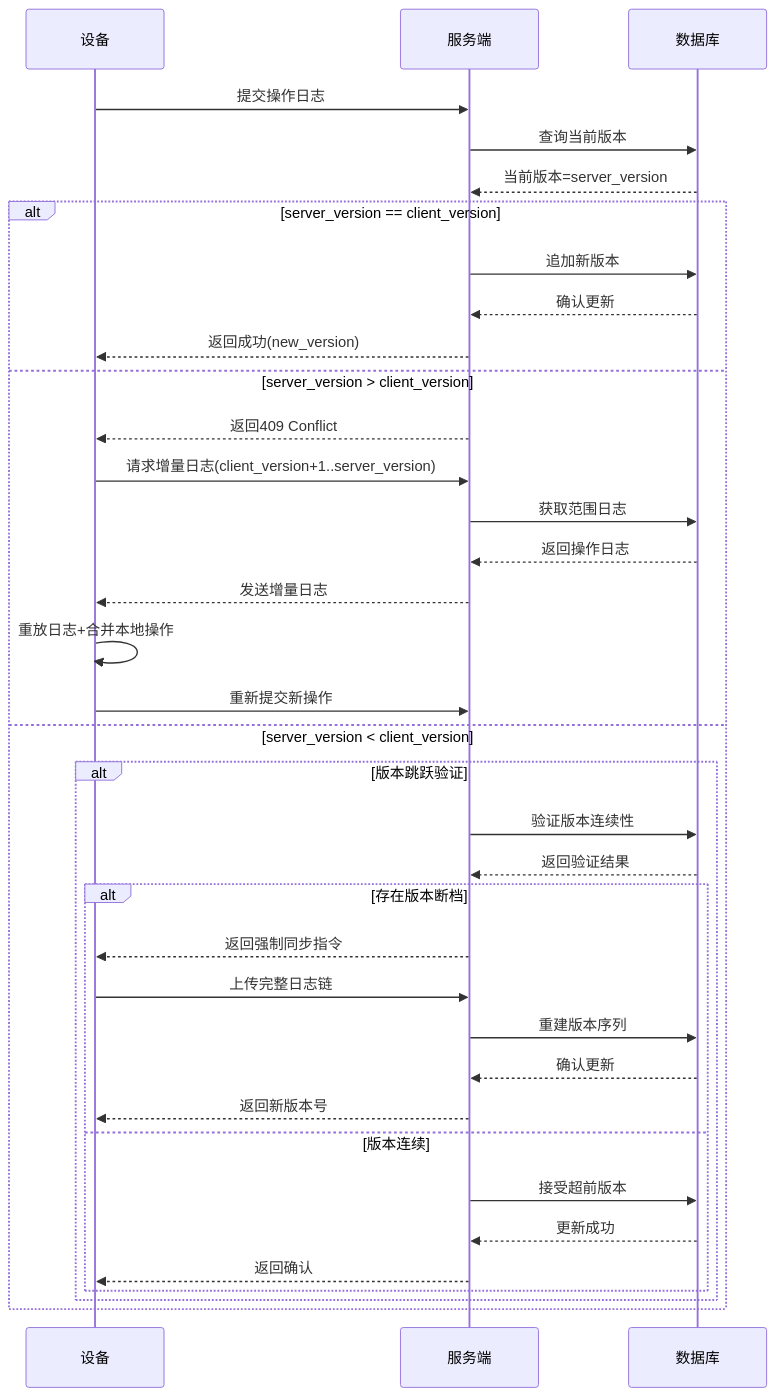
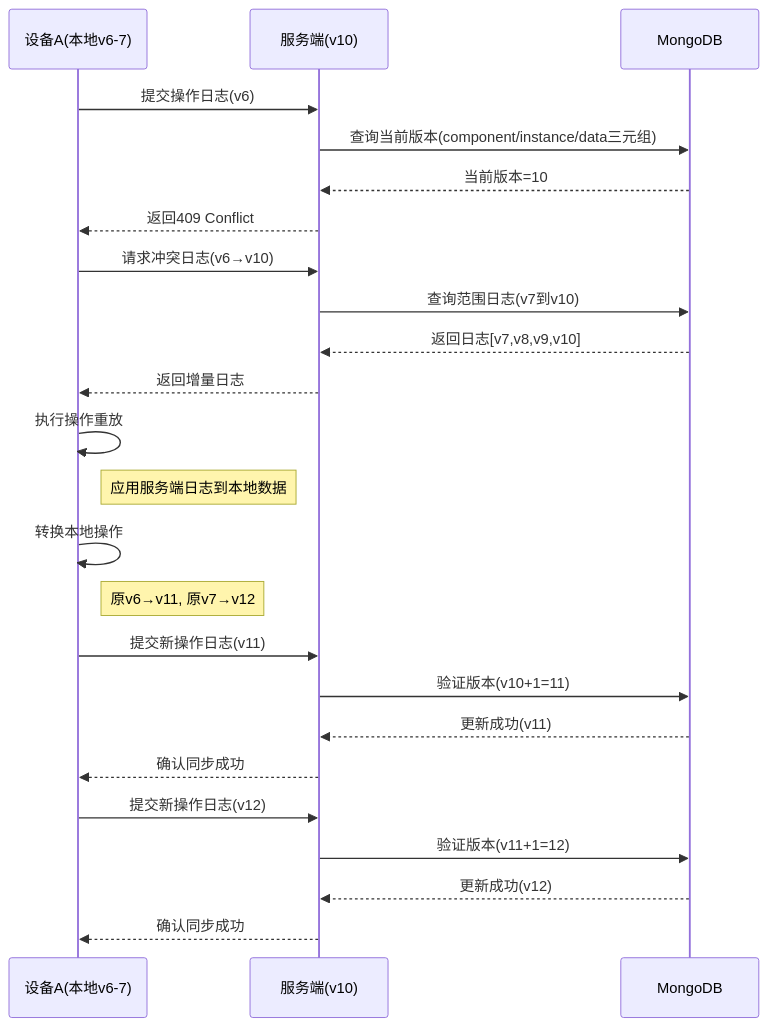
Before and after one commit to yingjianzh/iodraw-files: the diagram in all/未命名-26.md, drawn with Mermaid.

Commit message:
2025-02-26 16:12:54 update

````diff
--- a/all/未命名-26.md
+++ b/all/未命名-26.md
@@ -1,44 +1,38 @@
 ```mermaid
 sequenceDiagram
-    participant D as 设备
-    participant S as 服务端
-    participant DB as 数据库
+    participant A as 设备A(本地v6-7)
+    participant S as 服务端(v10)
+    participant DB as MongoDB
 
-    %% 同步发起
-    D->>S: 提交操作日志
-    S->>DB: 查询当前版本
-    DB-->>S: 当前版本=server_version
+    %% 初始同步尝试
+    A->>S: 提交操作日志(v6)
+    S->>DB: 查询当前版本(component/instance/data三元组)
+    DB-->>S: 当前版本=10
+    S-->>A: 返回409 Conflict
 
-    alt server_version == client_version
-        %% 场景1：版本一致
-        S->>DB: 追加新版本
-        DB-->>S: 确认更新
-        S-->>D: 返回成功(new_version)
-    else server_version > client_version
-        %% 场景2：服务端版本更新
-        S-->>D: 返回409 Conflict
-        D->>S: 请求增量日志(client_version+1..server_version)
-        S->>DB: 获取范围日志
-        DB-->>S: 返回操作日志
-        S-->>D: 发送增量日志
-        D->>D: 重放日志+合并本地操作
-        D->>S: 重新提交新操作
-    else server_version < client_version
-        %% 场景3：客户端版本超前
-        alt 版本跳跃验证
-            S->>DB: 验证版本连续性
-            DB-->>S: 返回验证结果
-            alt 存在版本断档
-                S-->>D: 返回强制同步指令
-                D->>S: 上传完整日志链
-                S->>DB: 重建版本序列
-                DB-->>S: 确认更新
-                S-->>D: 返回新版本号
-            else 版本连续
-                S->>DB: 接受超前版本
-                DB-->>S: 更新成功
-                S-->>D: 返回确认
-            end
-        end
-    end
+    %% 冲突解决阶段
+    A->>S: 请求冲突日志(v6→v10)
+    S->>DB: 查询范围日志(v7到v10)
+    DB-->>S: 返回日志[v7,v8,v9,v10]
+    S-->>A: 返回增量日志
+
+    %% 本地数据重建
+    A->>A: 执行操作重放
+    note right of A: 应用服务端日志到本地数据
+
+    %% 本地操作转换
+    A->>A: 转换本地操作
+    note right of A: 原v6→v11, 原v7→v12
+
+    %% 重新提交
+    A->>S: 提交新操作日志(v11)
+    S->>DB: 验证版本(v10+1=11)
+    DB-->>S: 更新成功(v11)
+    S-->>A: 确认同步成功
+
+    A->>S: 提交新操作日志(v12)
+    S->>DB: 验证版本(v11+1=12)
+    DB-->>S: 更新成功(v12)
+    S-->>A: 确认同步成功
+
 ```
````
